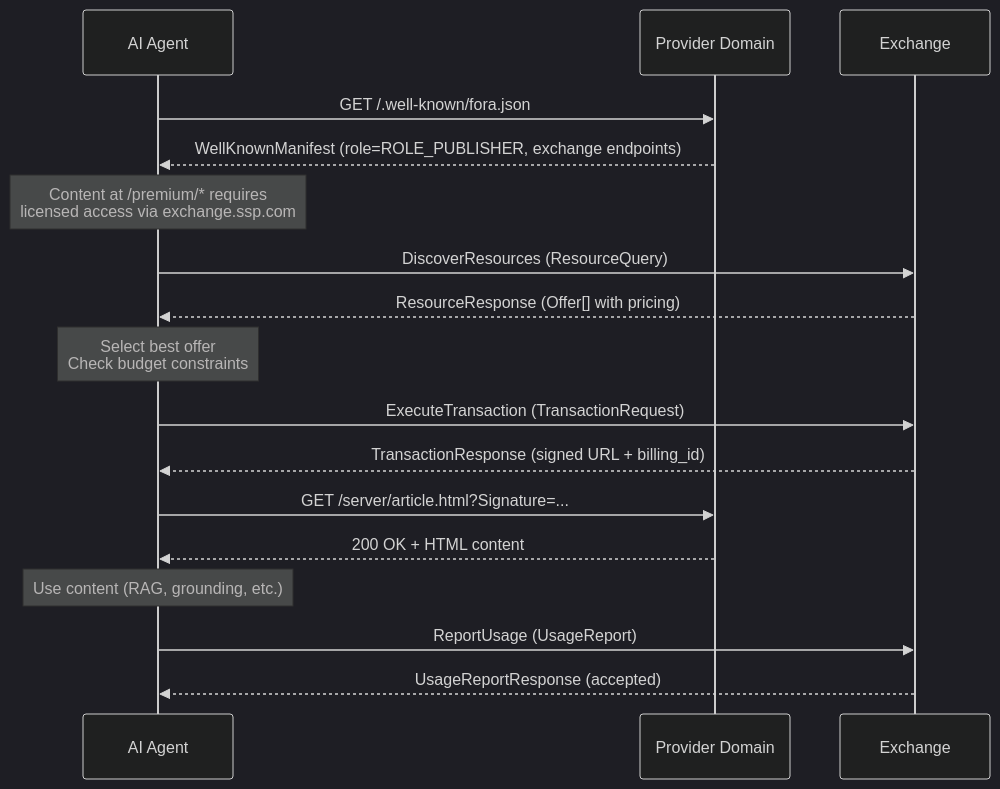
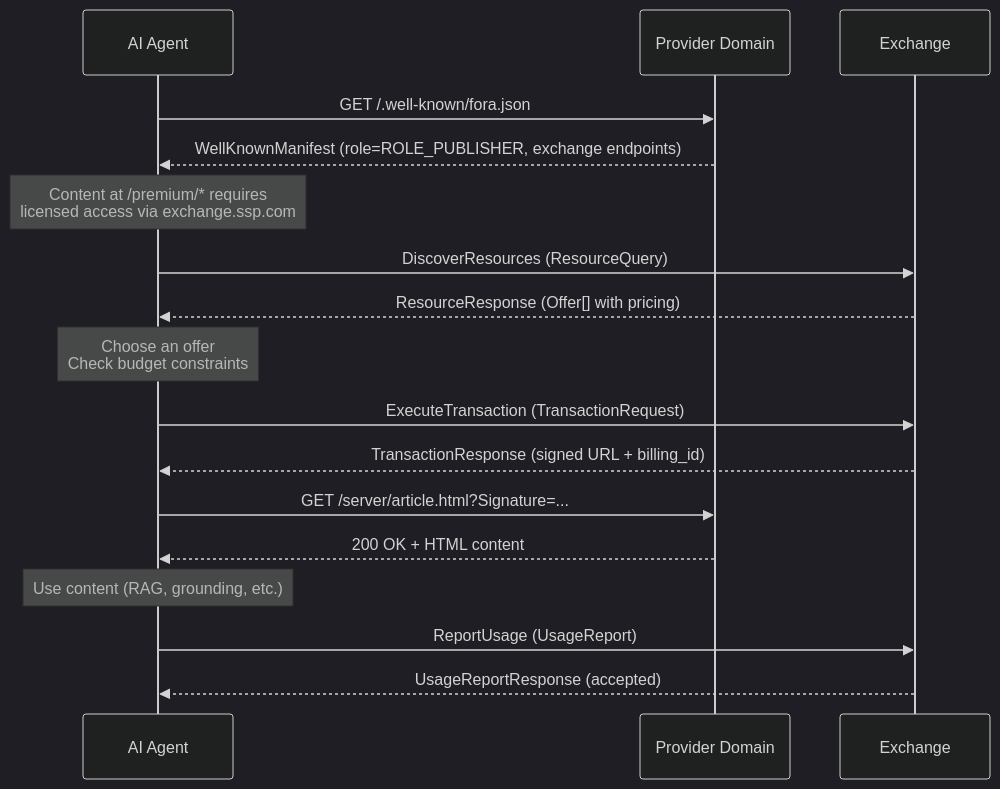
Before and after one commit to FORA-Protocol/protocol: the first of 6 diagrams in website/src/content/docs/protocol/discovery-paths.mdx, drawn with Mermaid (dark theme). The commit also changed 23 other files, not shown here.

````diff
--- a/website/src/content/docs/protocol/discovery-paths.mdx
+++ b/website/src/content/docs/protocol/discovery-paths.mdx
@@ -23,27 +23,27 @@
 ```mermaid
 sequenceDiagram
     participant Agent as AI Agent
     participant PUB as Provider Domain
     participant MP as Exchange
 
     Agent->>PUB: GET /.well-known/fora.json
     PUB-->>Agent: WellKnownManifest (role=ROLE_PUBLISHER, exchange endpoints)
 
     Note over Agent: Content at /premium/* requires<br/>licensed access via exchange.ssp.com
 
     Agent->>MP: DiscoverResources (ResourceQuery)
     MP-->>Agent: ResourceResponse (Offer[] with pricing)
 
-    Note over Agent: Select best offer<br/>Check budget constraints
+    Note over Agent: Choose an offer<br/>Check budget constraints
 
     Agent->>MP: ExecuteTransaction (TransactionRequest)
     MP-->>Agent: TransactionResponse (signed URL + billing_id)
 
     Agent->>PUB: GET /server/article.html?Signature=...
     PUB-->>Agent: 200 OK + HTML content
 
     Note over Agent: Use content (RAG, grounding, etc.)
 
     Agent->>MP: ReportUsage (UsageReport)
     MP-->>Agent: UsageReportResponse (accepted)
 ```
````
